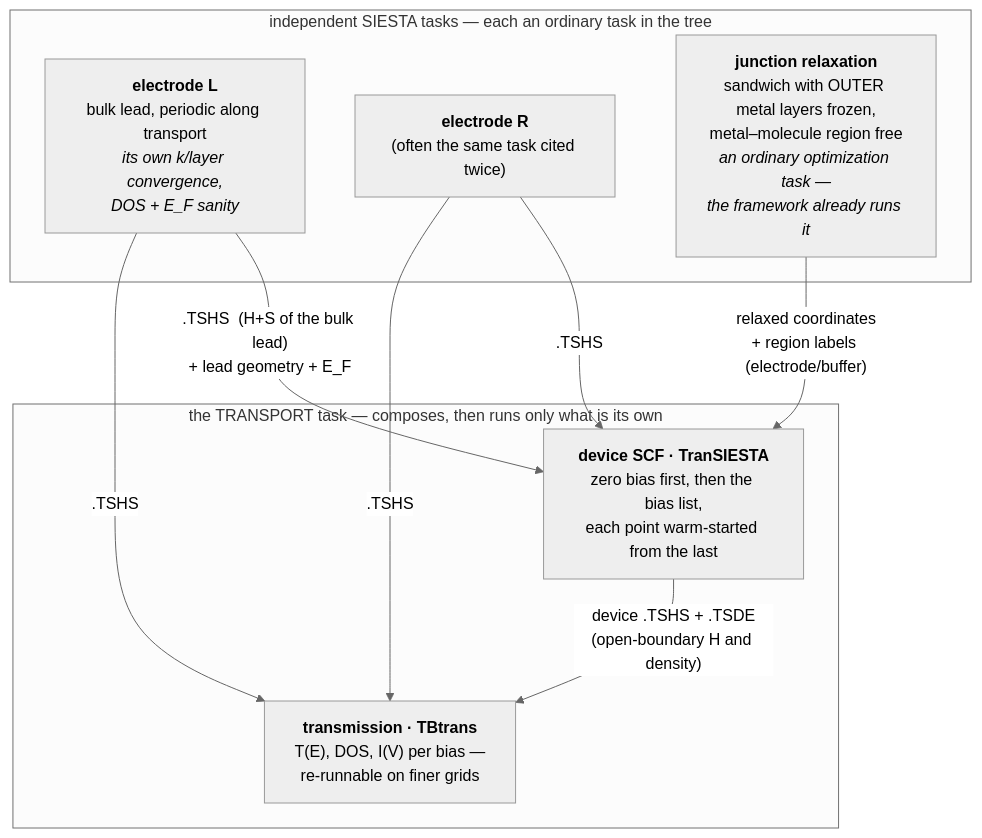
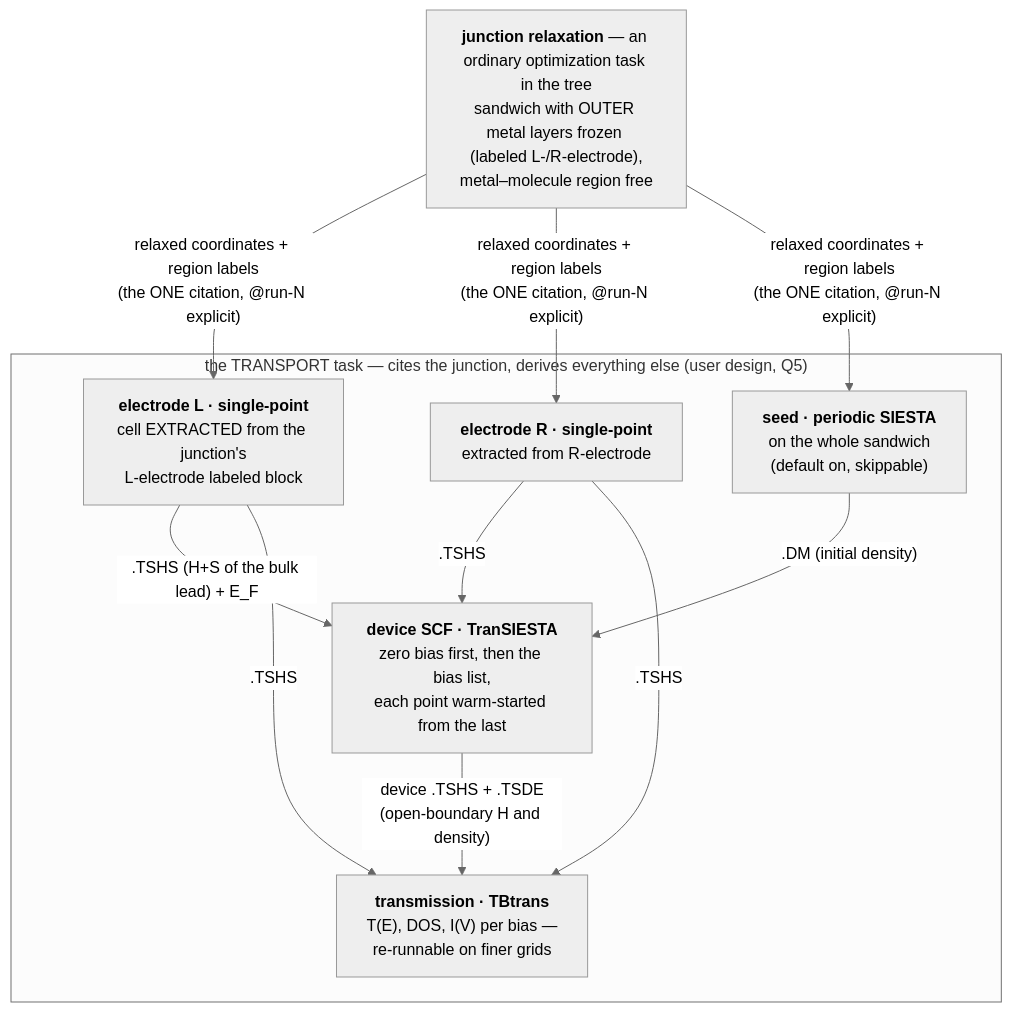
The diagram in docs/plans/transport-design.md (Qing-LAB/molbuilder), drawn with Mermaid (neutral theme) before and after one commit. The commit also changed other lines of this file, not shown here.

First line of the commit message:
docs(plans): transport design DECIDED -- six rulings in, electrodes derived

````diff
--- a/docs/plans/transport-design.md
+++ b/docs/plans/transport-design.md
@@ -129,18 +133,18 @@
 ```mermaid
 flowchart TB
-    subgraph U["independent SIESTA tasks — each an ordinary task in the tree"]
-      E1["<b>electrode L</b><br/>bulk lead, periodic along transport<br/><i>its own k/layer convergence,<br/>DOS + E_F sanity</i>"]
-      E2["<b>electrode R</b><br/>(often the same task cited twice)"]
-      RX["<b>junction relaxation</b><br/>sandwich with OUTER metal layers frozen,<br/>metal–molecule region free<br/><i>an ordinary optimization task —<br/>the framework already runs it</i>"]
-    end
-    subgraph T["the TRANSPORT task — composes, then runs only what is its own"]
+    RX["<b>junction relaxation</b> — an ordinary optimization task in the tree<br/>sandwich with OUTER metal layers frozen (labeled L-/R-electrode),<br/>metal–molecule region free"]
+    subgraph T["the TRANSPORT task — cites the junction, derives everything else (user design, Q5)"]
+      EL["<b>electrode L · single-point</b><br/>cell EXTRACTED from the junction's<br/>L-electrode labeled block"]
+      ER["<b>electrode R · single-point</b><br/>extracted from R-electrode"]
+      SEED["<b>seed · periodic SIESTA</b><br/>on the whole sandwich<br/>(default on, skippable)"]
       DEV["<b>device SCF · TranSIESTA</b><br/>zero bias first, then the bias list,<br/>each point warm-started from the last"]
       TBT["<b>transmission · TBtrans</b><br/>T(E), DOS, I(V) per bias —<br/>re-runnable on finer grids"]
     end
-    E1 -- ".TSHS  (H+S of the bulk lead)<br/>+ lead geometry + E_F" --> DEV
-    E2 -- ".TSHS" --> DEV
-    RX -- "relaxed coordinates<br/>+ region labels (electrode/buffer)" --> DEV
+    RX -- "relaxed coordinates + region labels<br/>(the ONE citation, @run-N explicit)" --> EL & ER & SEED
+    EL -- ".TSHS (H+S of the bulk lead) + E_F" --> DEV
+    ER -- ".TSHS" --> DEV
+    SEED -- ".DM (initial density)" --> DEV
     DEV -- "device .TSHS + .TSDE<br/>(open-boundary H and density)" --> TBT
-    E1 -- ".TSHS" --> TBT
-    E2 -- ".TSHS" --> TBT
+    EL -- ".TSHS" --> TBT
+    ER -- ".TSHS" --> TBT
 ```
````
